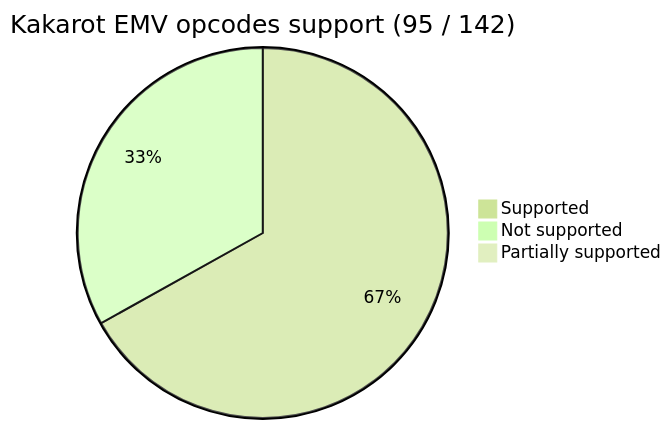
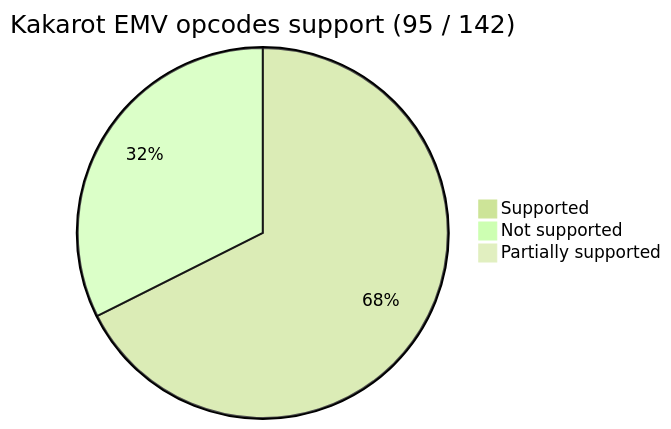
One commit to kkrt-labs/kakarot changed the first of 2 diagrams in README.md. Above: the diagram before and after it, drawn with Mermaid. The commit also changed 5 other files, not shown here.

````diff
--- a/README.md
+++ b/README.md
@@ -40,8 +40,9 @@
 ```mermaid
 %%{init: {'theme': 'forest', 'themeVariables': { 'darkMode': 'false'}}}%%
+
 pie title Kakarot EMV opcodes support (95 / 142)
-    "Supported" : 95
-    "Not supported" : 47
+    "Supported" : 96
+    "Not supported" : 46
 
     "Partially supported" : 0
 ```
````
